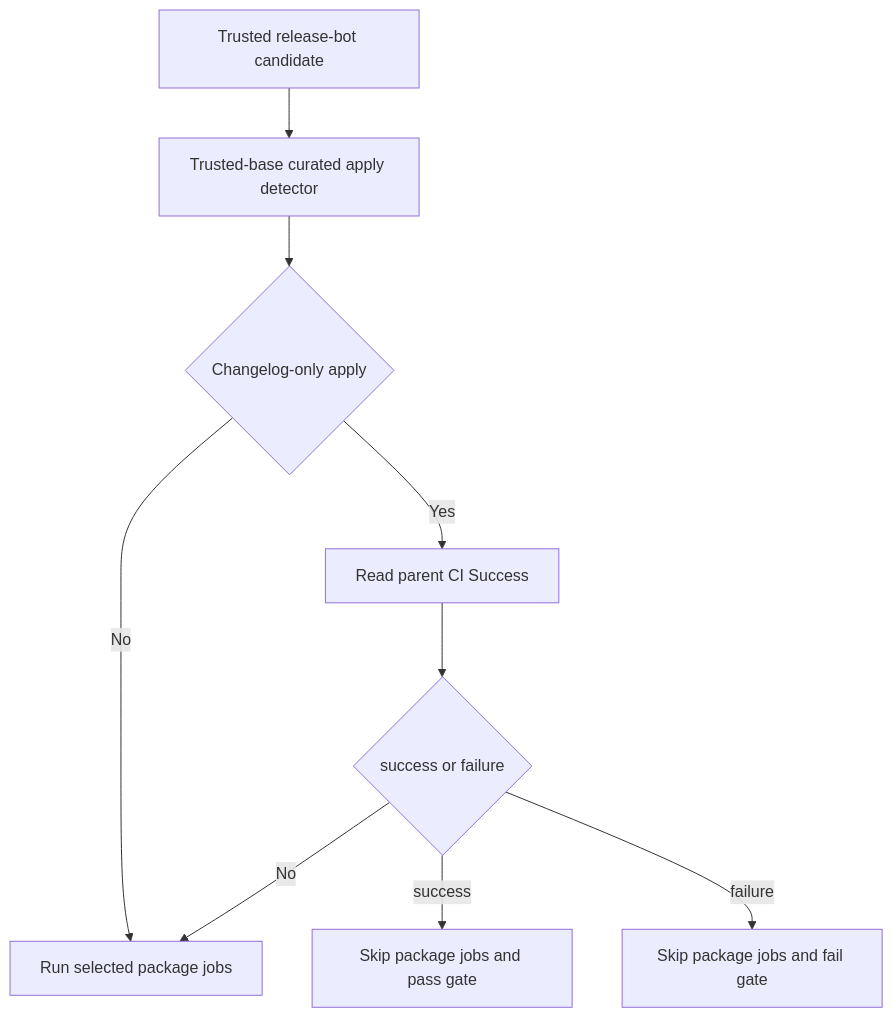
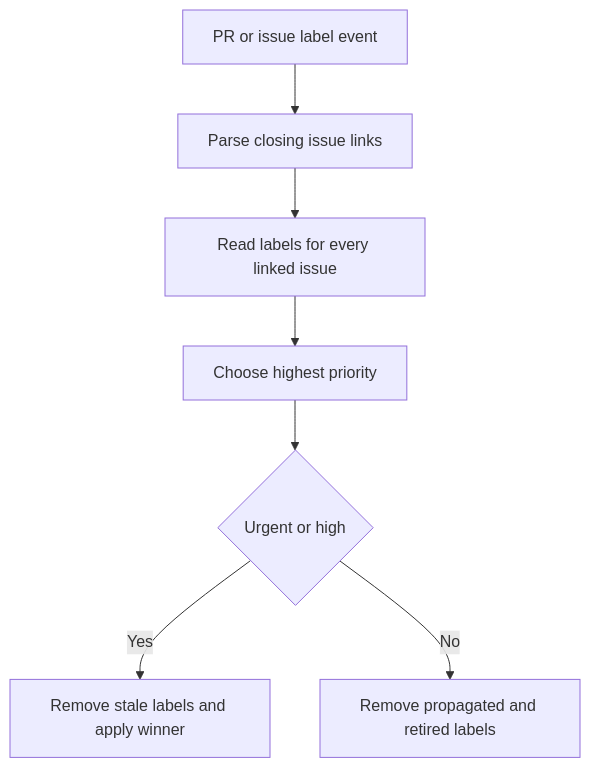
One commit to langchain-ai/deepagents changed the diagram in openwiki/operations/ci-labeling.md. Above: the diagram before and after it, drawn with Mermaid. The commit also changed other lines of this file and 37 other files, not shown here.

````diff
--- a/openwiki/operations/ci-labeling.md
+++ b/openwiki/operations/ci-labeling.md
@@ -119,11 +49,9 @@
 ```mermaid
 flowchart TD
-    Candidate["Trusted release-bot candidate"] --> Detect["Trusted-base curated apply detector"]
-    Detect --> Eligible{"Changelog-only apply"}
-    Eligible -->|"No"| Normal["Run selected package jobs"]
-    Eligible -->|"Yes"| Parent["Read parent CI Success"]
-    Parent --> Conclusive{"success or failure"}
-    Conclusive -->|"No"| Normal
-    Conclusive -->|"success"| Pass["Skip package jobs and pass gate"]
-    Conclusive -->|"failure"| Fail["Skip package jobs and fail gate"]
+    Trigger["PR or issue label event"] --> Links["Parse closing issue links"]
+    Links --> Read["Read labels for every linked issue"]
+    Read --> Winner["Choose highest priority"]
+    Winner --> Eligible{"Urgent or high"}
+    Eligible -->|"Yes"| Apply["Remove stale labels and apply winner"]
+    Eligible -->|"No"| Clear["Remove propagated and retired labels"]
 ```
````
